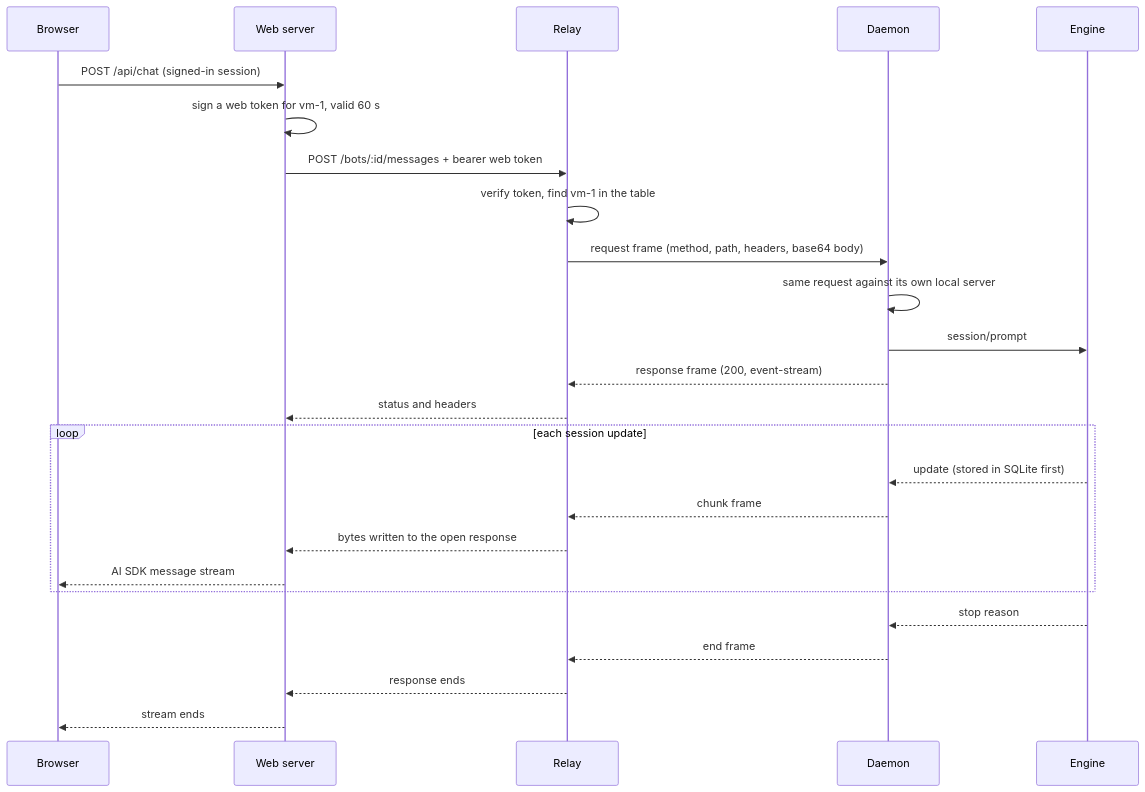
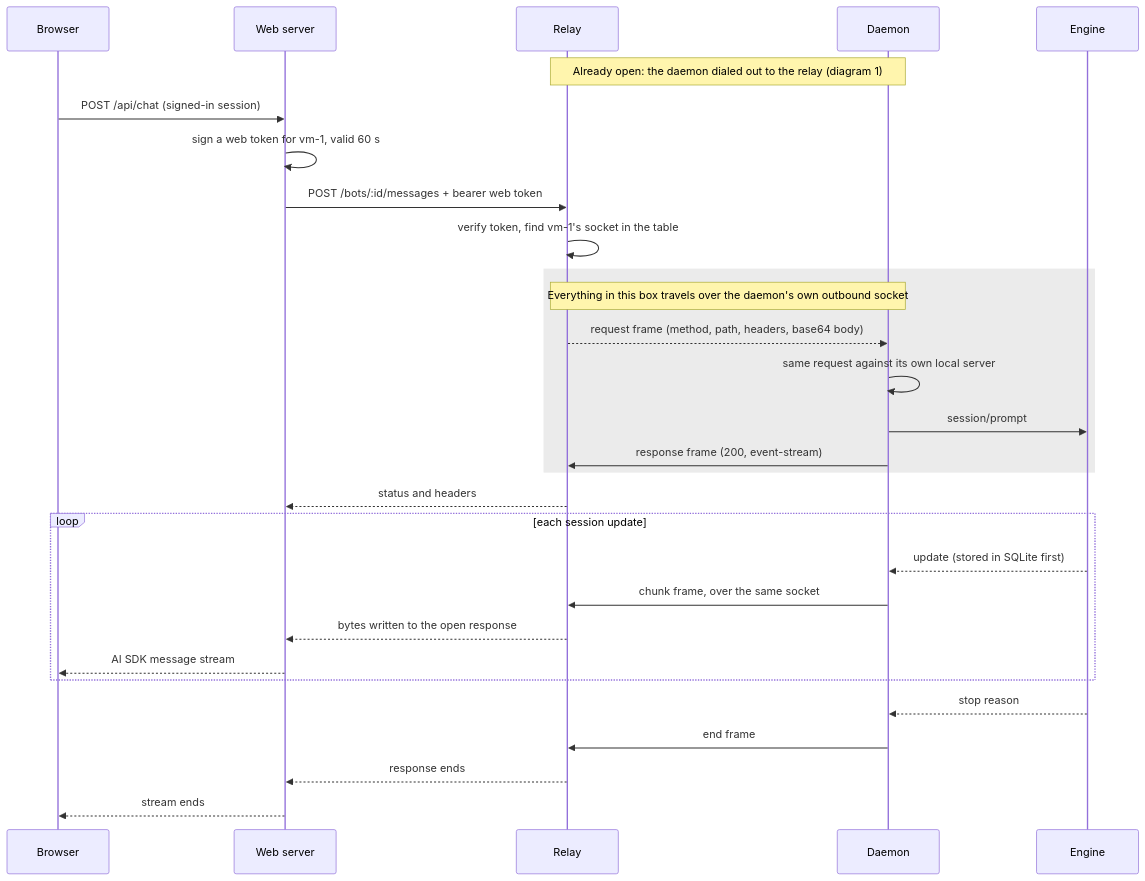
The second of 6 diagrams in docs/phase-4-3.md (mittal-parth/companion), drawn with Mermaid before and after one commit. The commit also changed other lines of this file, not shown here.

Commit message:
docs: Show in the turn diagram that frames ride the daemon's outbound socket

````diff
--- a/docs/phase-4-3.md
+++ b/docs/phase-4-3.md
@@ -120,28 +122,33 @@
 ```mermaid
 sequenceDiagram
     participant B as Browser
     participant W as Web server
     participant R as Relay
     participant D as Daemon
     participant E as Engine
 
+    Note over D,R: Already open: the daemon dialed out to the relay (diagram 1)
+
     B->>W: POST /api/chat (signed-in session)
     W->>W: sign a web token for vm-1, valid 60 s
     W->>R: POST /bots/:id/messages + bearer web token
-    R->>R: verify token, find vm-1 in the table
-    R->>D: request frame (method, path, headers, base64 body)
+    R->>R: verify token, find vm-1's socket in the table
+    rect rgba(120, 120, 120, 0.15)
+    Note over R,D: Everything in this box travels over the daemon's own outbound socket
+    R-->>D: request frame (method, path, headers, base64 body)
     D->>D: same request against its own local server
     D->>E: session/prompt
-    D-->>R: response frame (200, event-stream)
+    D->>R: response frame (200, event-stream)
+    end
     R-->>W: status and headers
     loop each session update
         E-->>D: update (stored in SQLite first)
-        D-->>R: chunk frame
+        D->>R: chunk frame, over the same socket
         R-->>W: bytes written to the open response
         W-->>B: AI SDK message stream
     end
     E-->>D: stop reason
-    D-->>R: end frame
+    D->>R: end frame
     R-->>W: response ends
     W-->>B: stream ends
 ```
````
